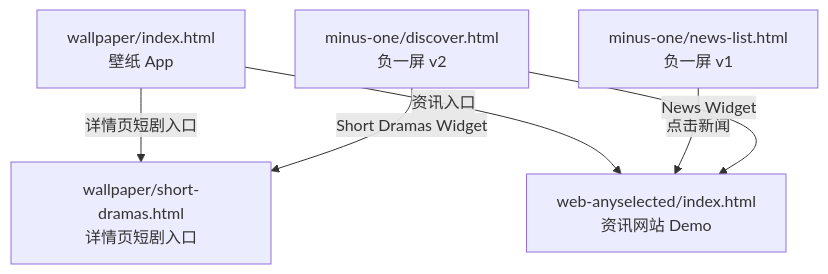
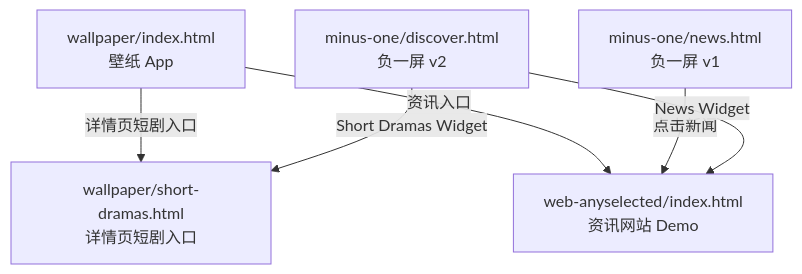
Before and after one commit to xiefengbest/h5-project: the diagram in docs/页面跳转关系图.md, drawn with Mermaid. The commit also changed other lines of this file and 7 other files, not shown here.

````diff
--- a/docs/页面跳转关系图.md
+++ b/docs/页面跳转关系图.md
@@ -17,14 +17,14 @@
 ```mermaid
 flowchart TB
     WP[wallpaper/index.html\n壁纸 App]
     SD[wallpaper/short-dramas.html\n详情页短剧入口]
-    V1[minus-one/news-list.html\n负一屏 v1]
+    V1[minus-one/news.html\n负一屏 v1]
     V2[minus-one/discover.html\n负一屏 v2]
     WEB[web-anyselected/index.html\n资讯网站 Demo]
 
     WP -->|详情页短剧入口| SD
     WP -->|资讯入口| WEB
     V1 -->|点击新闻| WEB
     V2 -->|News Widget| WEB
     V2 -->|Short Dramas Widget| SD
 ```
````
